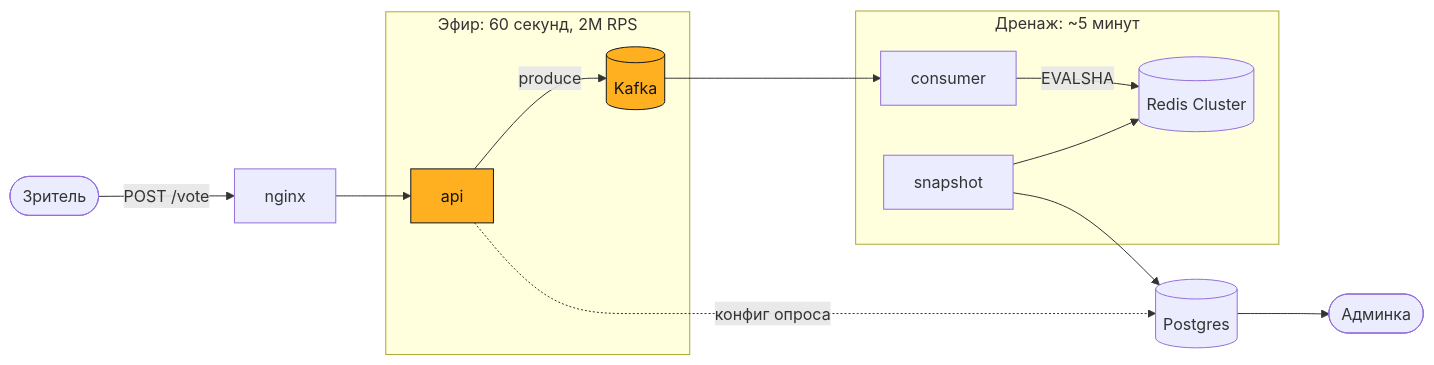
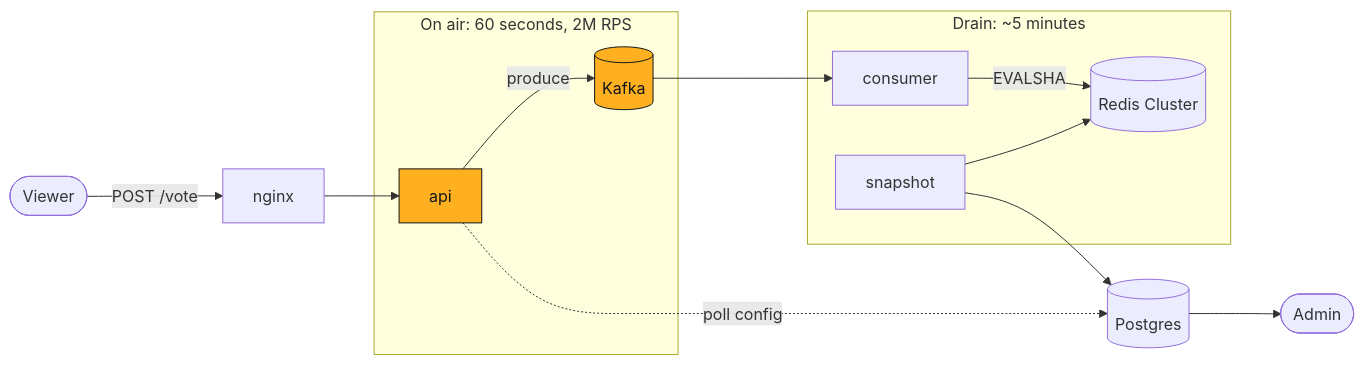
Before and after one commit to dubter/televote: the first of 3 diagrams in README.md, drawn with Mermaid. The commit also changed other lines of this file, not shown here.

````diff
--- a/README.md
+++ b/README.md
@@ -36,28 +36,28 @@
 ```mermaid
 flowchart LR
-    viewer(["Зритель"])
+    viewer(["Viewer"])
     lb["nginx"]
 
-    subgraph hot["Эфир: 60 секунд, 2M RPS"]
+    subgraph hot["On air: 60 seconds, 2M RPS"]
         api["api"]
         kafka[("Kafka")]
     end
 
-    subgraph drain["Дренаж: ~5 минут"]
+    subgraph drain["Drain: ~5 minutes"]
         consumer["consumer"]
         redis[("Redis Cluster")]
         snapshot["snapshot"]
     end
 
     pg[("Postgres")]
-    admin(["Админка"])
+    admin(["Admin"])
 
     viewer -->|POST /vote| lb --> api -->|produce| kafka
-    api -.->|конфиг опроса| pg
+    api -.->|poll config| pg
     kafka --> consumer -->|EVALSHA| redis
     snapshot --> redis
     snapshot --> pg --> admin
 
     classDef hotPath fill:#ffb020,stroke:#12161a,color:#12161a
     class api,kafka hotPath
 ```
````
